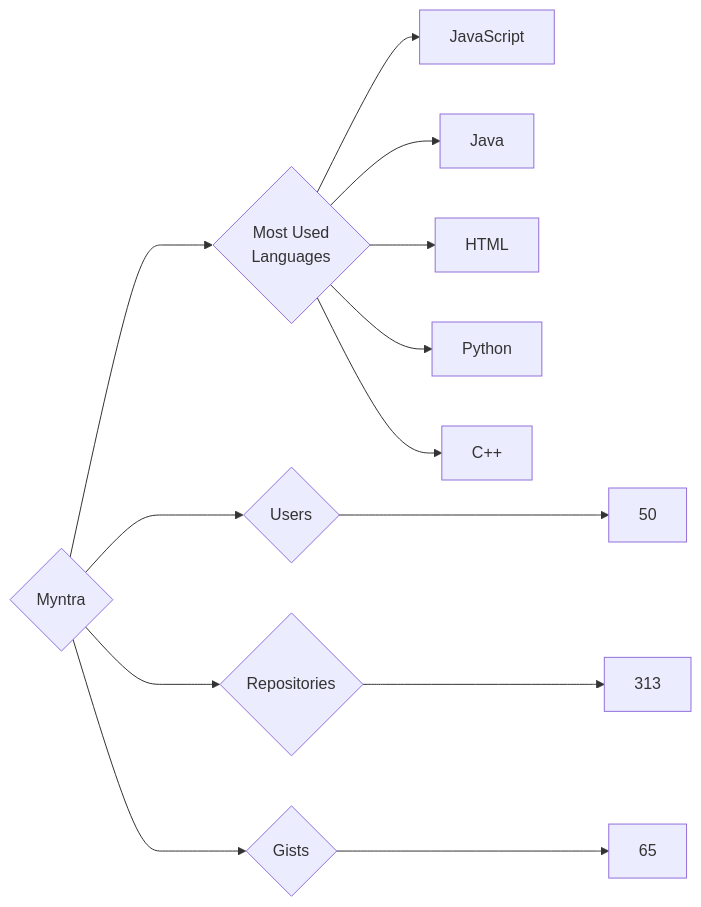
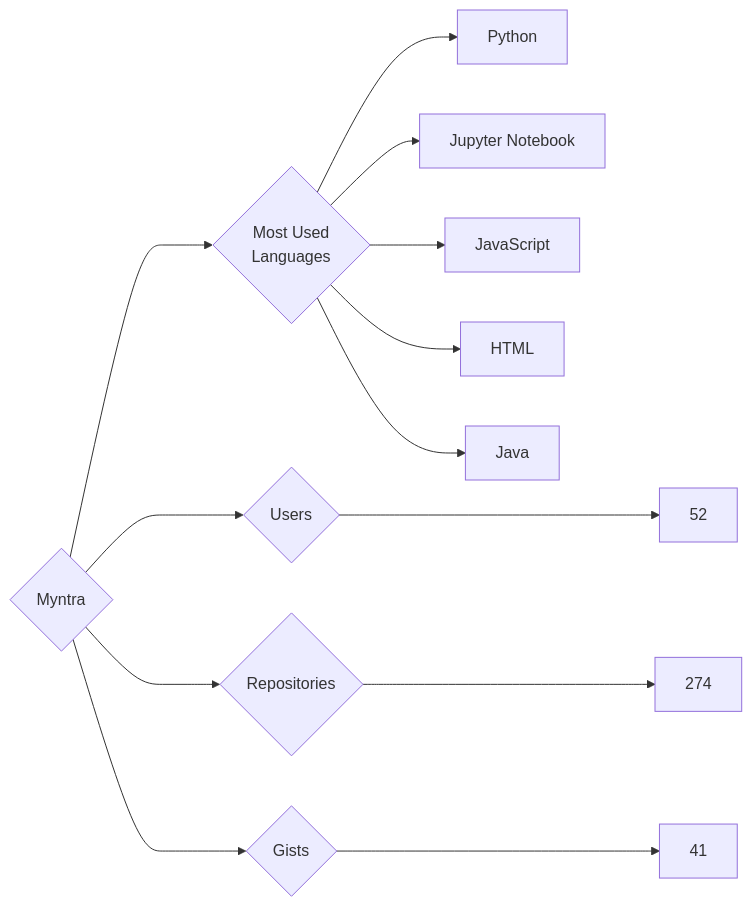
One commit to trickest/insiders changed the diagram in targets/Myntra/README.md. Above: the diagram before and after it, drawn with Mermaid. The commit also changed 833 other files, not shown here.

````diff
--- a/targets/Myntra/README.md
+++ b/targets/Myntra/README.md
@@ -3,13 +3,13 @@
 ```mermaid
 graph LR
 COMPANY_NAME{Myntra}
-COMPANY_NAME ---> U{Users} ---> UN[50]
-COMPANY_NAME ---> R{Repositories} ---> RN[313]
-COMPANY_NAME ---> G{Gists} ---> GN[65]
+COMPANY_NAME ---> U{Users} ---> UN[52]
+COMPANY_NAME ---> R{Repositories} ---> RN[274]
+COMPANY_NAME ---> G{Gists} ---> GN[41]
 COMPANY_NAME ---> ML{Most Used<br>Languages}
+ML --> Python[Python]
+ML --> Jupyter_Notebook[Jupyter Notebook]
 ML --> JavaScript[JavaScript]
+ML --> HTML[HTML]
 ML --> Java[Java]
-ML --> HTML[HTML]
-ML --> Python[Python]
-ML --> C++[C++]
 ```
````
